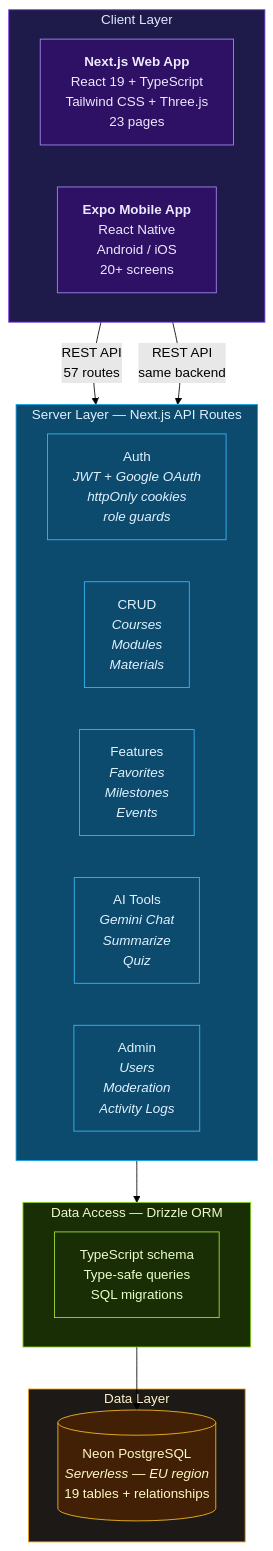
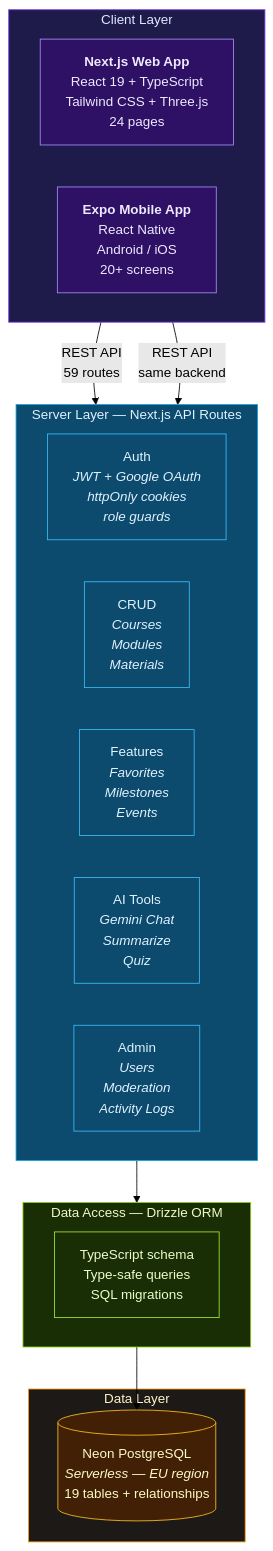
Before and after one commit to mariva565/mariva565-full-stack-ai-capstone: the first of 4 diagrams in README.md, drawn with Mermaid (forest theme). The commit also changed other lines of this file and 6 other files, not shown here.

Commit message:
docs: add project documentation and update README stats, architecture, and UI previews

````diff
--- a/README.md
+++ b/README.md
@@ -123,44 +123,44 @@
 ```mermaid
 graph TB
     subgraph CLIENT["Client Layer"]
         direction LR
-        WEB["<b>Next.js Web App</b><br/>React 19 + TypeScript<br/>Tailwind CSS + Three.js<br/>23 pages"]
+        WEB["<b>Next.js Web App</b><br/>React 19 + TypeScript<br/>Tailwind CSS + Three.js<br/>24 pages"]
         MOBILE["<b>Expo Mobile App</b><br/>React Native<br/>Android / iOS<br/>20+ screens"]
     end
 
     subgraph SERVER["Server Layer — Next.js API Routes"]
         direction LR
         AUTH["Auth<br/><i>JWT + Google OAuth</i><br/><i>httpOnly cookies</i><br/><i>role guards</i>"]
         CRUD["CRUD<br/><i>Courses</i><br/><i>Modules</i><br/><i>Materials</i>"]
         FEATURES["Features<br/><i>Favorites</i><br/><i>Milestones</i><br/><i>Events</i>"]
         AI["AI Tools<br/><i>Gemini Chat</i><br/><i>Summarize</i><br/><i>Quiz</i>"]
         ADMIN["Admin<br/><i>Users</i><br/><i>Moderation</i><br/><i>Activity Logs</i>"]
     end
 
     subgraph ORM["Data Access — Drizzle ORM"]
         DRIZZLE["TypeScript schema<br/>Type-safe queries<br/>SQL migrations"]
     end
 
     subgraph DATA["Data Layer"]
         DB[("Neon PostgreSQL<br/><i>Serverless — EU region</i><br/>19 tables + relationships")]
     end
 
-    WEB -->|"REST API<br/>57 routes"| SERVER
+    WEB -->|"REST API<br/>59 routes"| SERVER
     MOBILE -->|"REST API<br/>same backend"| SERVER
     SERVER --> ORM
     ORM --> DB
 
     style CLIENT fill:#1e1b4b,stroke:#7c3aed,color:#e0e7ff
     style SERVER fill:#0c4a6e,stroke:#0ea5e9,color:#e0f2fe
     style ORM fill:#1a2e05,stroke:#84cc16,color:#ecfccb
     style DATA fill:#1c1917,stroke:#f59e0b,color:#fef3c7
     style WEB fill:#2e1065,stroke:#a78bfa,color:#ede9fe
     style MOBILE fill:#2e1065,stroke:#a78bfa,color:#ede9fe
     style AUTH fill:#0c4a6e,stroke:#38bdf8,color:#e0f2fe
     style CRUD fill:#0c4a6e,stroke:#38bdf8,color:#e0f2fe
     style FEATURES fill:#0c4a6e,stroke:#38bdf8,color:#e0f2fe
     style AI fill:#0c4a6e,stroke:#38bdf8,color:#e0f2fe
     style ADMIN fill:#0c4a6e,stroke:#38bdf8,color:#e0f2fe
     style DRIZZLE fill:#1a2e05,stroke:#a3e635,color:#ecfccb
     style DB fill:#422006,stroke:#fbbf24,color:#fef9c3
 ```
````
